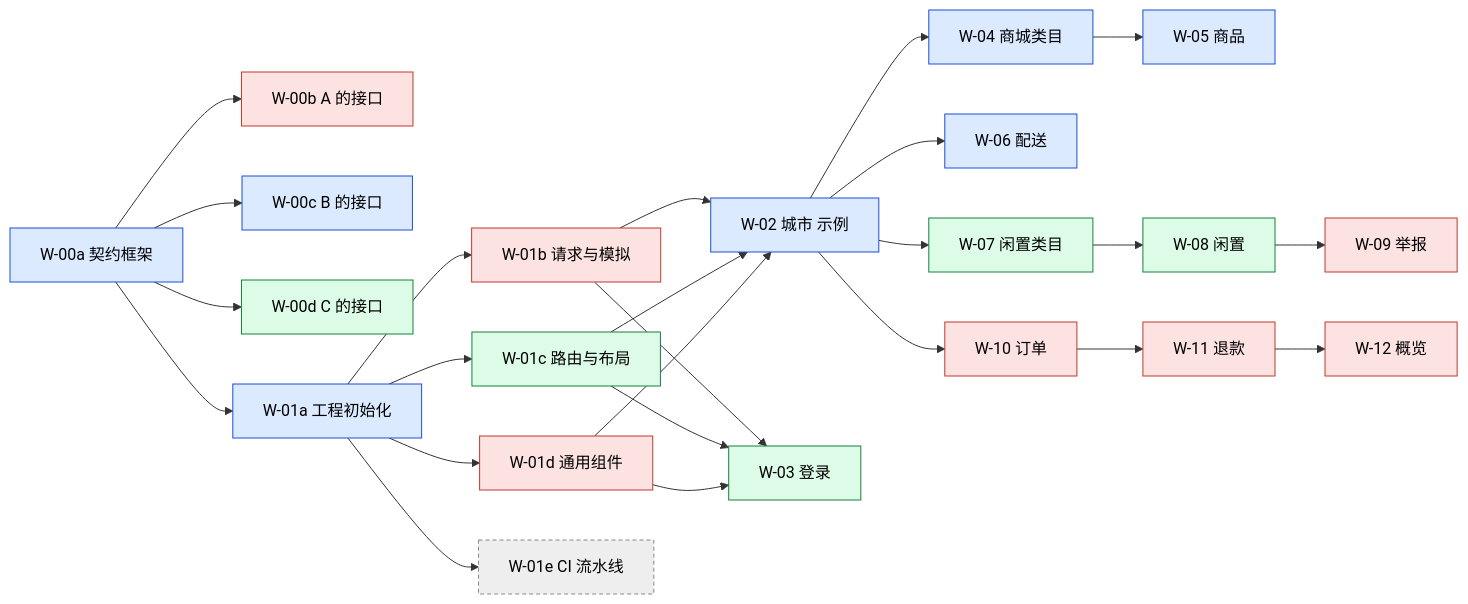
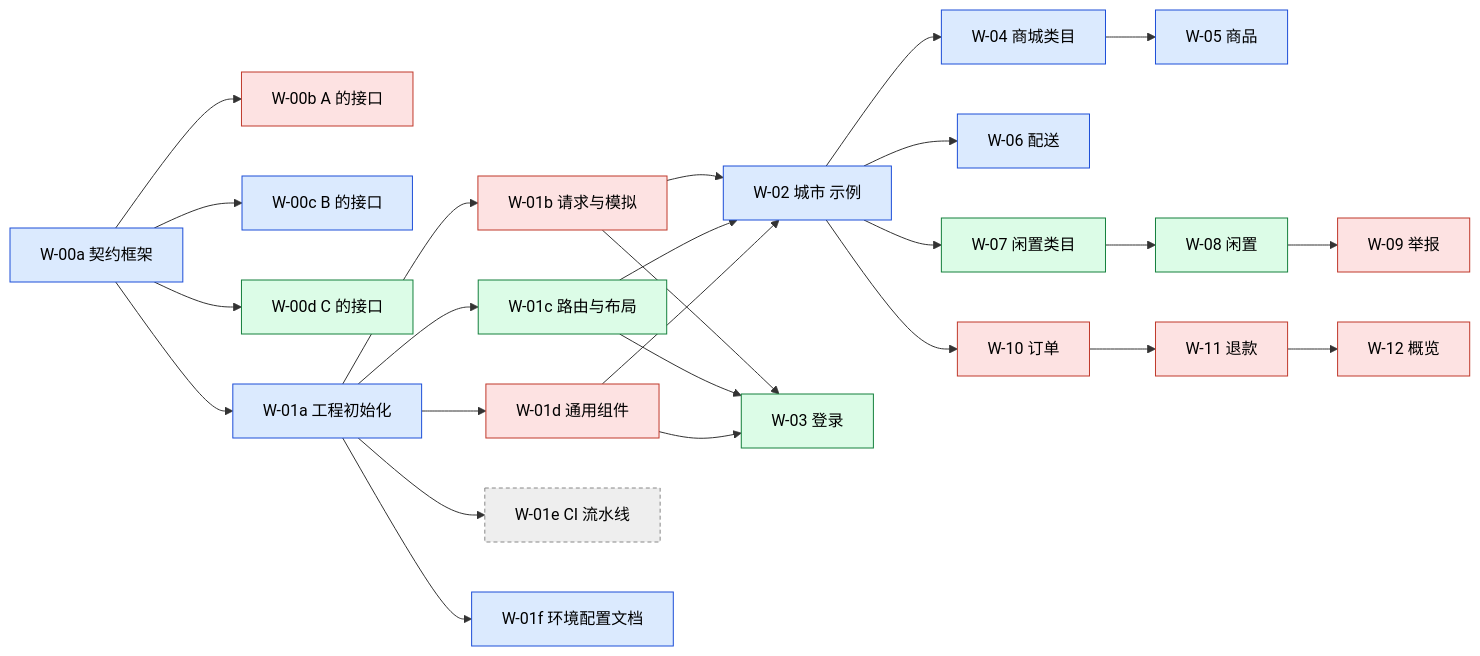
Before and after one commit to MoonLight-QAQ/HowToBuildBigMuscle: the diagram in docs/tasks/admin-web.md, drawn with Mermaid. The commit also changed other lines of this file and 5 other files, not shown here.

````diff
--- a/docs/tasks/admin-web.md
+++ b/docs/tasks/admin-web.md
@@ -21,21 +21,21 @@
 ```mermaid
 flowchart LR
     W00a[W-00a 契约框架] --> W00b[W-00b A 的接口] & W00c[W-00c B 的接口] & W00d[W-00d C 的接口]
     W00a --> W01a[W-01a 工程初始化]
-    W01a --> W01b[W-01b 请求与模拟] & W01c[W-01c 路由与布局] & W01d[W-01d 通用组件] & W01e[W-01e CI 流水线]
+    W01a --> W01b[W-01b 请求与模拟] & W01c[W-01c 路由与布局] & W01d[W-01d 通用组件] & W01e[W-01e CI 流水线] & W01f[W-01f 环境配置文档]
     W01b & W01c & W01d --> W02[W-02 城市 示例]
     W01b & W01c & W01d --> W03[W-03 登录]
     W02 --> W04[W-04 商城类目] --> W05[W-05 商品]
     W02 --> W06[W-06 配送]
     W02 --> W07[W-07 闲置类目] --> W08[W-08 闲置] --> W09[W-09 举报]
     W02 --> W10[W-10 订单] --> W11[W-11 退款] --> W12[W-12 概览]
 
     classDef a fill:#fde2e2,stroke:#c0392b,color:#000
     classDef b fill:#dbeafe,stroke:#1d4ed8,color:#000
     classDef c fill:#dcfce7,stroke:#15803d,color:#000
     classDef todo fill:#eeeeee,stroke:#888,color:#000,stroke-dasharray:4 3
     class W00b,W01b,W01d,W09,W10,W11,W12 a
-    class W00a,W00c,W01a,W02,W04,W05,W06 b
+    class W00a,W00c,W01a,W01f,W02,W04,W05,W06 b
     class W00d,W01c,W03,W07,W08 c
     class W01e todo
 ```
````
